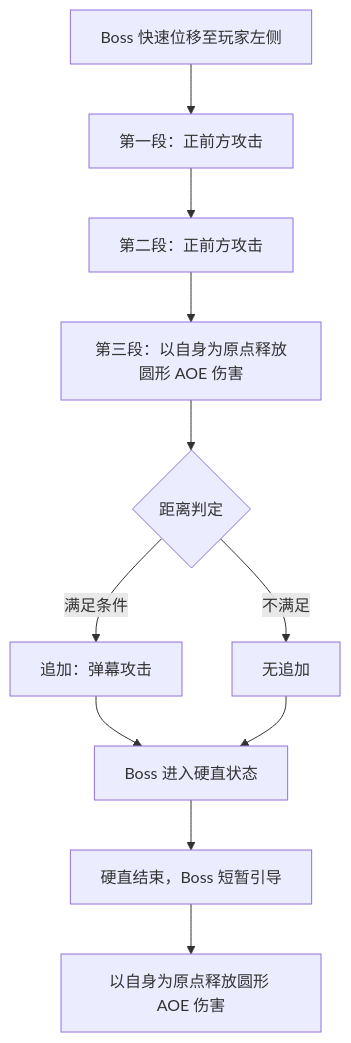
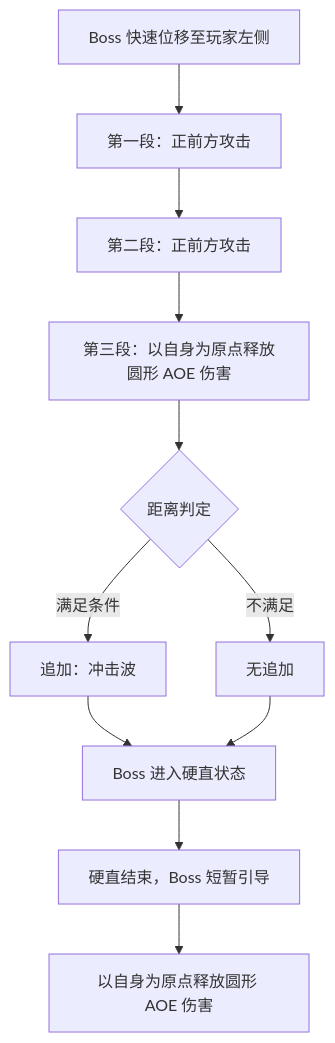
One commit to SmellyCat2002/SmellyCat2002.github.io changed the second of 13 diagrams in boss-battle-design.md. Above: the diagram before and after it, drawn with Mermaid. The commit also changed other lines of this file, not shown here.

````diff
--- a/boss-battle-design.md
+++ b/boss-battle-design.md
@@ -49,13 +49,13 @@
 ```mermaid
 flowchart TD
     A[Boss 快速位移至玩家左侧] --> B[第一段：正前方攻击]
     B --> C[第二段：正前方攻击]
     C --> D[第三段：以自身为原点释放圆形 AOE 伤害]
     D --> E{距离判定}
-    E -->|满足条件| F[追加：弹幕攻击]
+    E -->|满足条件| F[追加：冲击波]
     E -->|不满足| G[无追加]
     F --> H[Boss 进入硬直状态]
     G --> H
     H --> I[硬直结束，Boss 短暂引导]
     I --> J[以自身为原点释放圆形 AOE 伤害]
 ```
````
